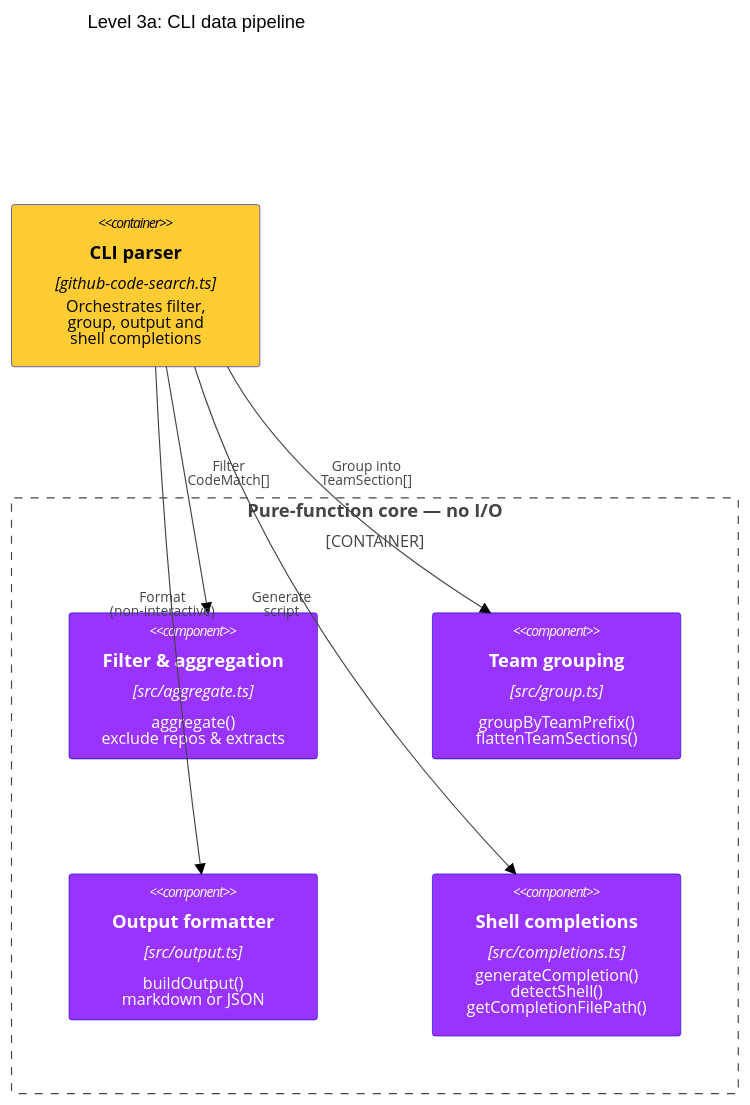
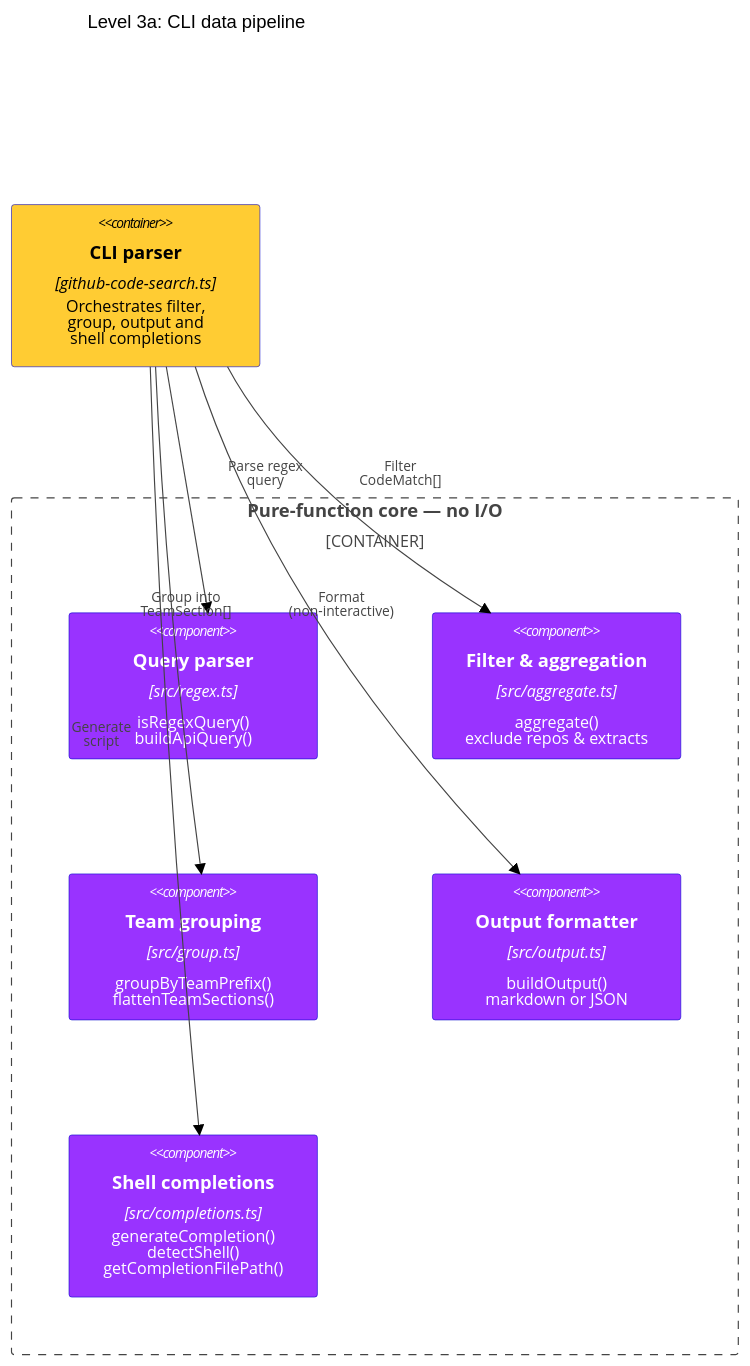
Before and after one commit to fulll/github-code-search: the first of 2 diagrams in docs/architecture/components.md, drawn with Mermaid. The commit also changed 7 other files, not shown here.

First line of the commit message:
Wire regex support into CLI + docs, homepage and comparison table

````diff
--- a/docs/architecture/components.md
+++ b/docs/architecture/components.md
@@ -12,34 +12,39 @@
 ```mermaid
 %%{init: {"theme": "base", "themeVariables": {"fontFamily": "Poppins, Aestetico, Arial, sans-serif", "primaryColor": "#66CCFF", "primaryTextColor": "#000000", "lineColor": "#0000CC", "tertiaryColor": "#FFCC33"}, "themeCSS": ".label,.nodeLabel,.cluster-label > span{font-family:Poppins,Arial,sans-serif;letter-spacing:.2px} .cluster-label > span{font-weight:600;font-size:13px} .edgePath .path{stroke-width:2px}"}}%%
 C4Component
   title Level 3a: CLI data pipeline
 
-  UpdateLayoutConfig($c4ShapeInRow="4", $c4BoundaryInRow="1")
+  UpdateLayoutConfig($c4ShapeInRow="5", $c4BoundaryInRow="1")
 
   Container(cli, "CLI parser", "github-code-search.ts", "Orchestrates filter,<br/>group, output and<br/>shell completions")
 
   Container_Boundary(core, "Pure-function core — no I/O") {
+    Component(regexParser, "Query parser", "src/regex.ts", "isRegexQuery()<br/>buildApiQuery()")
     Component(aggregate, "Filter & aggregation", "src/aggregate.ts", "aggregate()<br/>exclude repos & extracts")
     Component(group, "Team grouping", "src/group.ts", "groupByTeamPrefix()<br/>flattenTeamSections()")
     Component(outputFn, "Output formatter", "src/output.ts", "buildOutput()<br/>markdown or JSON")
     Component(completions, "Shell completions", "src/completions.ts", "generateCompletion()<br/>detectShell()<br/>getCompletionFilePath()")
   }
+
+  Rel(cli, regexParser, "Parse regex<br/>query")
+  UpdateRelStyle(cli, regexParser, $offsetX="35", $offsetY="-17")
 
   Rel(cli, aggregate, "Filter<br/>CodeMatch[]")
   UpdateRelStyle(cli, aggregate, $offsetX="0", $offsetY="-17")
 
   Rel(cli, group, "Group into<br/>TeamSection[]")
   UpdateRelStyle(cli, group, $offsetX="-33", $offsetY="-17")
 
   Rel(cli, outputFn, "Format<br/>(non-interactive)")
   UpdateRelStyle(cli, outputFn, $offsetX="-60", $offsetY="-17")
 
   Rel(cli, completions, "Generate<br/>script")
   UpdateRelStyle(cli, completions, $offsetX="-90", $offsetY="-17")
 
   UpdateElementStyle(cli, $bgColor="#FFCC33", $borderColor="#0000CC", $fontColor="#000000")
+  UpdateElementStyle(regexParser, $bgColor="#9933FF", $borderColor="#0000CC", $fontColor="#ffffff")
   UpdateElementStyle(aggregate, $bgColor="#9933FF", $borderColor="#0000CC", $fontColor="#ffffff")
   UpdateElementStyle(group, $bgColor="#9933FF", $borderColor="#0000CC", $fontColor="#ffffff")
   UpdateElementStyle(outputFn, $bgColor="#9933FF", $borderColor="#0000CC", $fontColor="#ffffff")
   UpdateElementStyle(completions, $bgColor="#9933FF", $borderColor="#0000CC", $fontColor="#ffffff")
 ```
````
